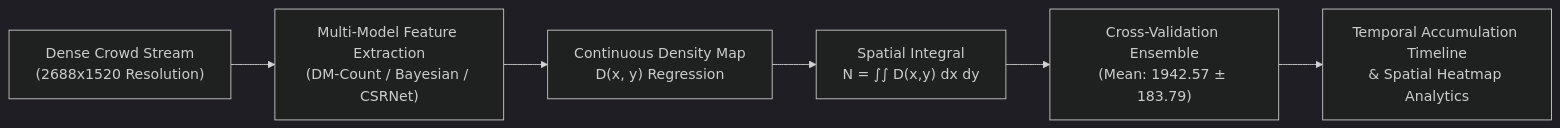
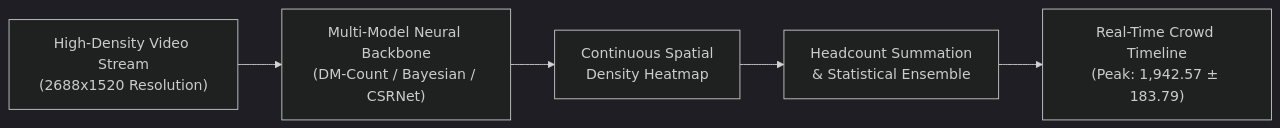
One commit to datawithAsif/Video-Analytics-Architecture-Portfolio changed the diagram in docs/04_macro_crowd_density_analytics.md. Above: the diagram before and after it, drawn with Mermaid (dark theme). The commit also changed other lines of this file and 5 other files, not shown here.

````diff
--- a/docs/04_macro_crowd_density_analytics.md
+++ b/docs/04_macro_crowd_density_analytics.md
@@ -15,8 +15,7 @@
 ```mermaid
 flowchart LR
-    A["Dense Crowd Stream\n(2688x1520 Resolution)"] --> B["Multi-Model Feature Extraction\n(DM-Count / Bayesian / CSRNet)"]
-    B --> C["Continuous Density Map\nD(x, y) Regression"]
-    C --> D["Spatial Integral\nN = ∫∫ D(x,y) dx dy"]
-    D --> E["Cross-Validation Ensemble\n(Mean: 1942.57 ± 183.79)"]
-    E --> F["Temporal Accumulation Timeline\n& Spatial Heatmap Analytics"]
+    A["High-Density Video Stream\n(2688x1520 Resolution)"] --> B["Multi-Model Neural Backbone\n(DM-Count / Bayesian / CSRNet)"]
+    B --> C["Continuous Spatial\nDensity Heatmap"]
+    C --> D["Headcount Summation\n& Statistical Ensemble"]
+    D --> E["Real-Time Crowd Timeline\n(Peak: 1,942.57 ± 183.79)"]
 ```
````
